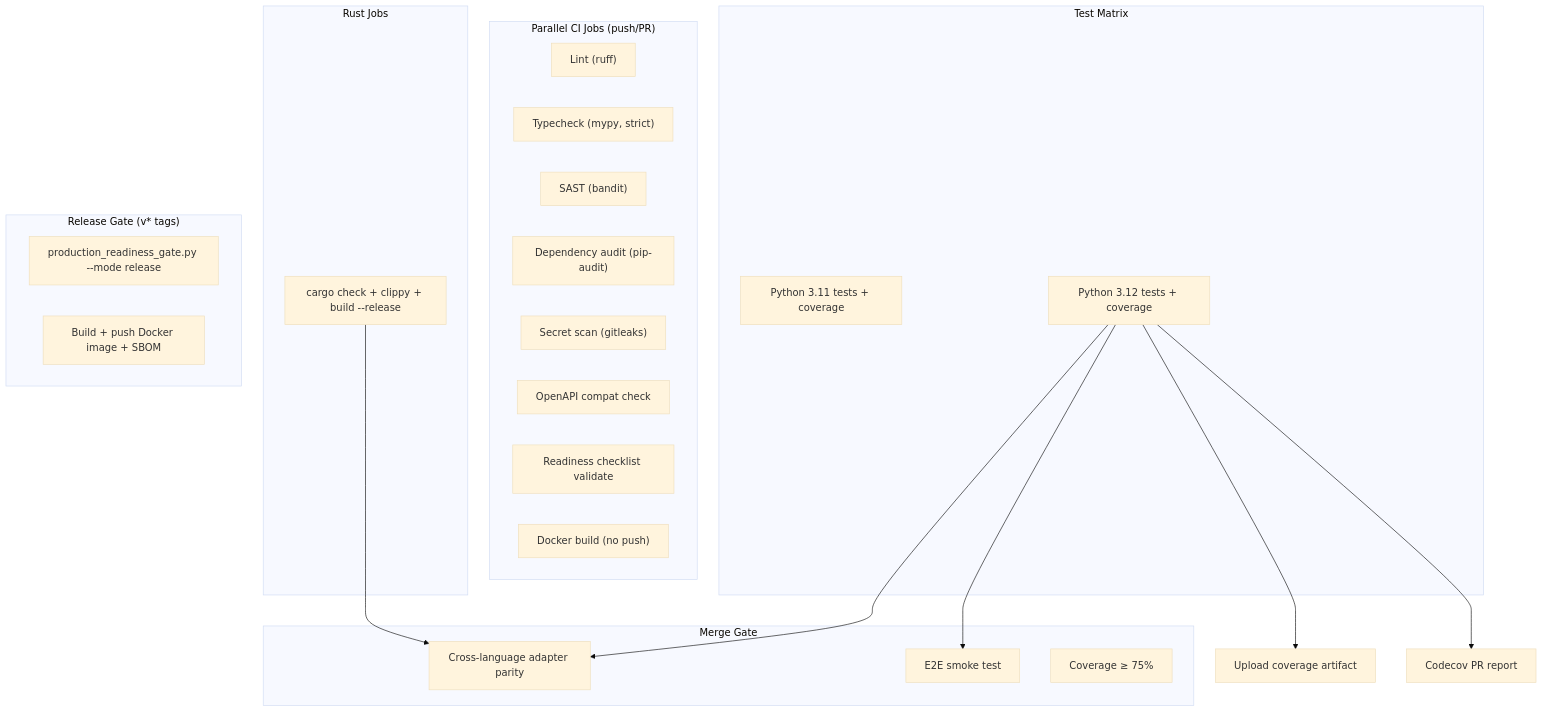
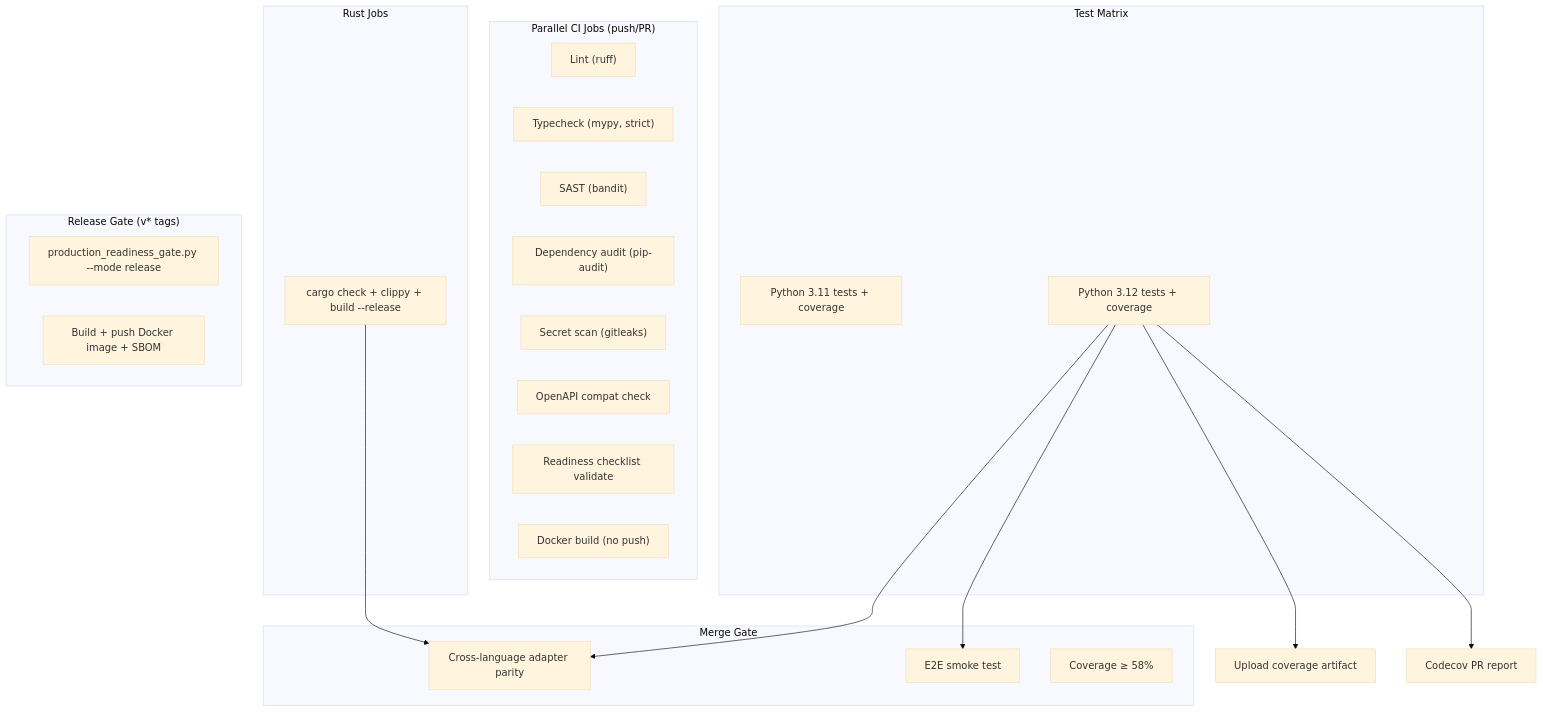
Before and after one commit to ErenAri/HCP-workload-optimizer: the eighth of 8 diagrams in README.md, drawn with Mermaid (base theme). The commit also changed other lines of this file and 8 other files, not shown here.

````diff
--- a/README.md
+++ b/README.md
@@ -845,39 +839,39 @@
 ```mermaid
 flowchart TD
   subgraph Checks["Parallel CI Jobs (push/PR)"]
     LINT["Lint (ruff)"]
     TYPE["Typecheck (mypy, strict)"]
     SAST["SAST (bandit)"]
     AUDIT["Dependency audit (pip-audit)"]
     SECRETS["Secret scan (gitleaks)"]
     COMPAT["OpenAPI compat check"]
     READY["Readiness checklist validate"]
     DOCKER["Docker build (no push)"]
   end
 
   subgraph Test["Test Matrix"]
     PY311["Python 3.11 tests + coverage"]
     PY312["Python 3.12 tests + coverage"]
   end
 
   subgraph Rust["Rust Jobs"]
     RCHECK["cargo check + clippy + build --release"]
   end
 
   PY312 --> COV["Upload coverage artifact"]
   PY312 --> CODECOV["Codecov PR report"]
   RCHECK --> XPARITY["Cross-language adapter parity"]
   PY312 --> XPARITY
   PY312 --> E2E["E2E smoke test"]
 
   subgraph Gate["Merge Gate"]
     E2E
     XPARITY
-    COV_CHECK["Coverage ≥ 75%"]
+    COV_CHECK["Coverage ≥ 58%"]
   end
 
   subgraph Release["Release Gate (v* tags)"]
     RGATE["production_readiness_gate.py --mode release"]
     PUBLISH["Build + push Docker image + SBOM"]
   end
 ```
````
